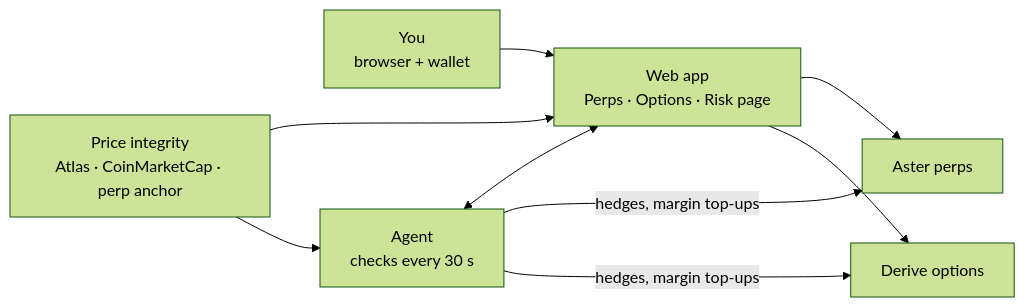
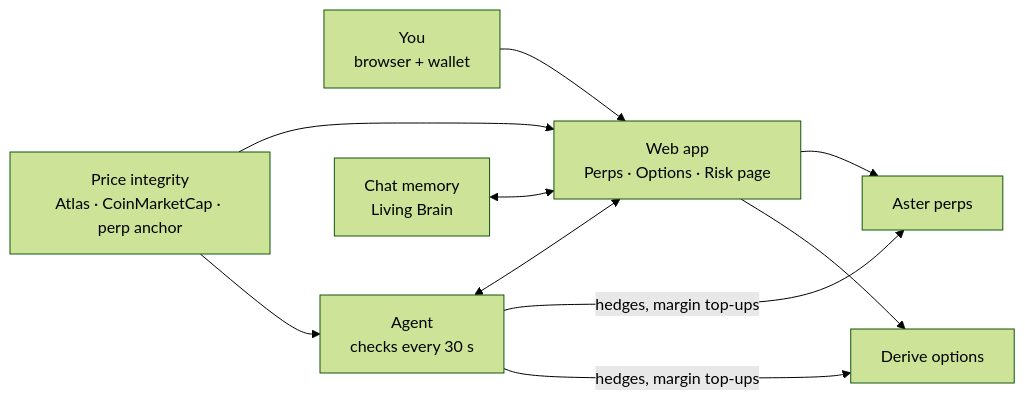
Before and after one commit to definet200/Pulse-Risk-Agent-Mainnet: the diagram in README.md, drawn with Mermaid (forest theme). The commit also changed other lines of this file and 351 other files, not shown here.

Commit message:
Add ChatAndBuild-X-Living-Brain: the agent's long-term memory in Living Brain, linked from the master README (with links to the live demo, Living Brain docs and source)

````diff
--- a/README.md
+++ b/README.md
@@ -46,13 +50,14 @@
 ```mermaid
 flowchart LR
     U["You<br/>browser + wallet"] --> APP["Web app<br/>Perps · Options · Risk page"]
     AG["Agent<br/>checks every 30 s"] <--> APP
 
     APP --> AS["Aster perps"]
     APP --> DE["Derive options"]
     AG -->|"hedges, margin top-ups"| AS
     AG -->|"hedges, margin top-ups"| DE
 
     PI["Price integrity<br/>Atlas · CoinMarketCap · perp anchor"] --> APP
     PI --> AG
+    LB["Chat memory<br/>Living Brain"] <--> APP
 ```
````
